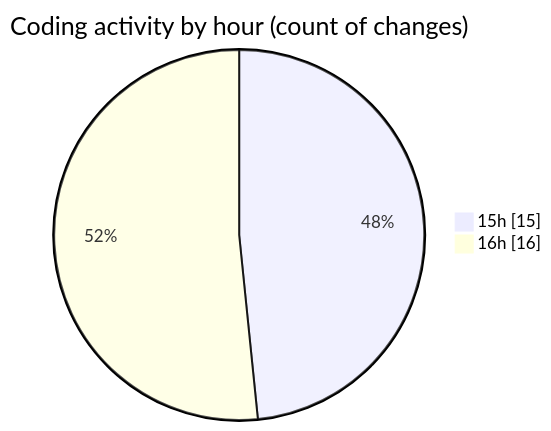
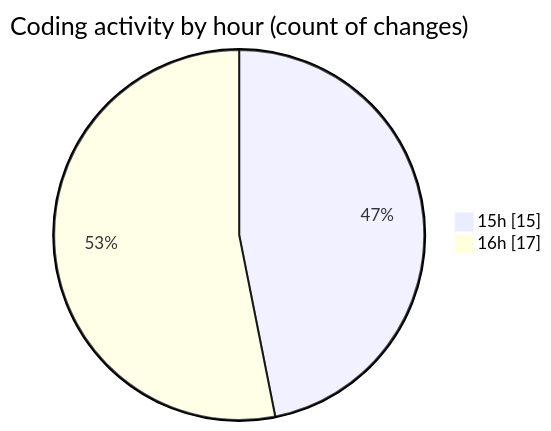
The second of 2 diagrams in 2025-02-25/trackers_app/README.md (donsfak/code-tracking), drawn with Mermaid before and after one commit. The commit also changed other lines of this file and 1 other file, not shown here.

````diff
--- a/2025-02-25/trackers_app/README.md
+++ b/2025-02-25/trackers_app/README.md
@@ -31,6 +31,6 @@
 ```mermaid
 pie showData
 title Coding activity by hour (count of changes)
 "15h" : 15
-"16h" : 16
+"16h" : 17
 ```
````
